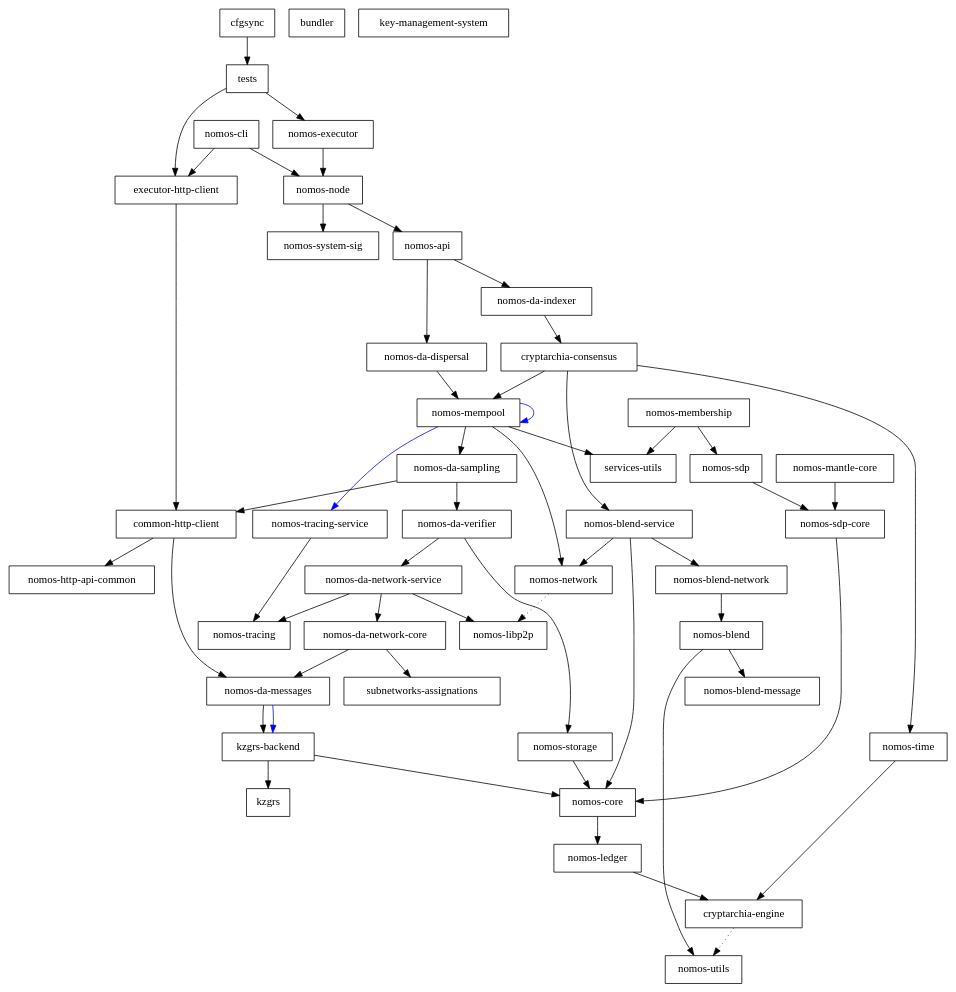
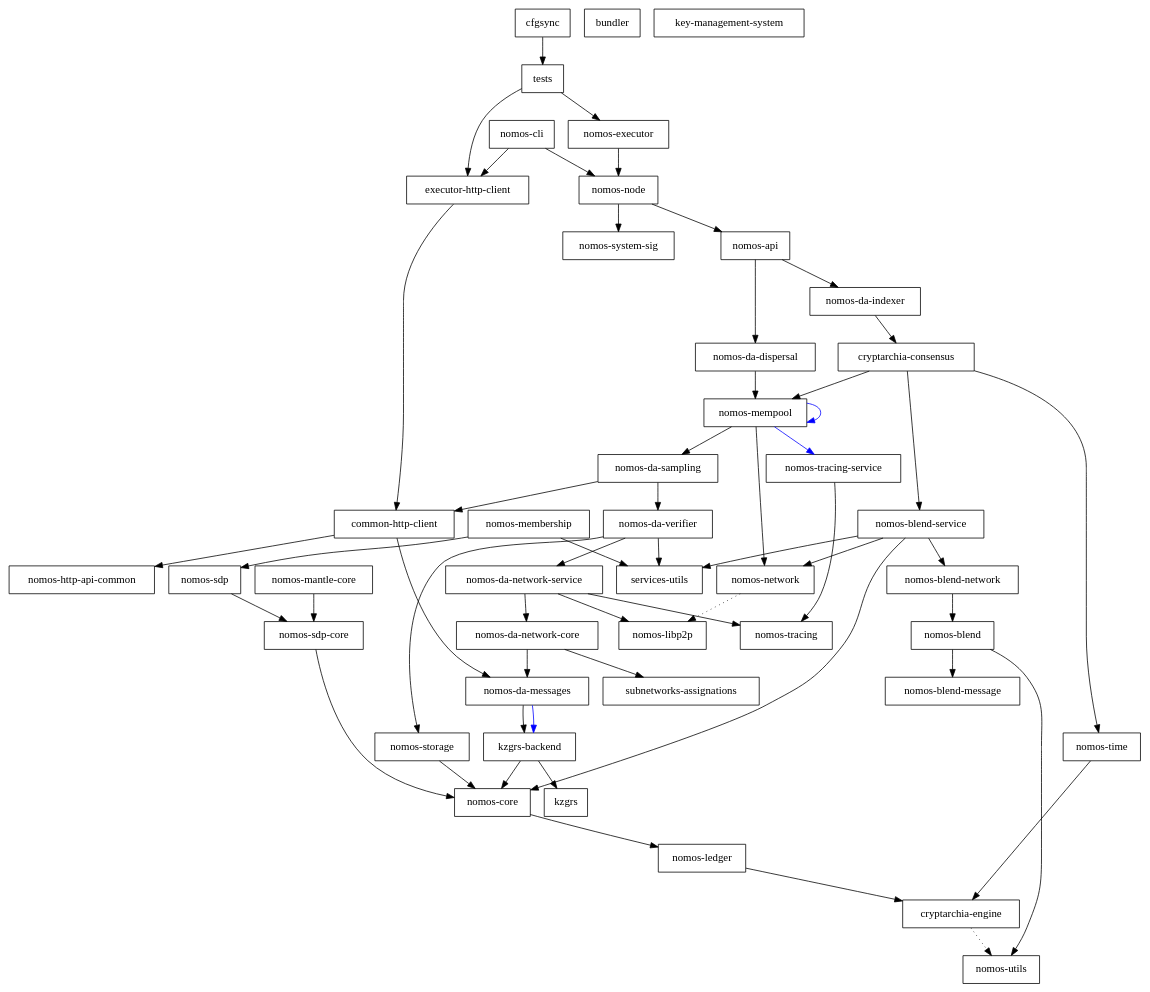
The diagram in dependencies_graph.dot (Astro521/logos-blockchain), drawn with Graphviz before and after one commit. The commit also changed 23 other files, not shown here.

First line of the commit message:
feature(services): Await for service readiness (Pt. 2) (#1345)

```diff
--- a/dependencies_graph.dot
+++ b/dependencies_graph.dot
@@ -1,99 +1,100 @@
 digraph {
     0 [ label = "cryptarchia-engine" shape = box]
     1 [ label = "nomos-utils" shape = box]
     2 [ label = "nomos-ledger" shape = box]
     3 [ label = "nomos-http-api-common" shape = box]
     4 [ label = "nomos-executor" shape = box]
     5 [ label = "kzgrs-backend" shape = box]
     6 [ label = "kzgrs" shape = box]
     7 [ label = "nomos-core" shape = box]
     8 [ label = "nomos-api" shape = box]
     9 [ label = "cryptarchia-consensus" shape = box]
     10 [ label = "nomos-blend-service" shape = box]
     11 [ label = "nomos-blend" shape = box]
     12 [ label = "nomos-blend-message" shape = box]
     13 [ label = "nomos-blend-network" shape = box]
     14 [ label = "nomos-libp2p" shape = box]
     15 [ label = "nomos-network" shape = box]
-    16 [ label = "nomos-da-sampling" shape = box]
-    17 [ label = "common-http-client" shape = box]
-    18 [ label = "nomos-da-messages" shape = box]
-    19 [ label = "nomos-da-network-core" shape = box]
-    20 [ label = "subnetworks-assignations" shape = box]
-    21 [ label = "nomos-da-network-service" shape = box]
-    22 [ label = "nomos-tracing" shape = box]
-    23 [ label = "nomos-da-verifier" shape = box]
-    24 [ label = "nomos-storage" shape = box]
-    25 [ label = "nomos-mempool" shape = box]
-    26 [ label = "services-utils" shape = box]
+    16 [ label = "services-utils" shape = box]
+    17 [ label = "nomos-da-sampling" shape = box]
+    18 [ label = "common-http-client" shape = box]
+    19 [ label = "nomos-da-messages" shape = box]
+    20 [ label = "nomos-da-network-core" shape = box]
+    21 [ label = "subnetworks-assignations" shape = box]
+    22 [ label = "nomos-da-network-service" shape = box]
+    23 [ label = "nomos-tracing" shape = box]
+    24 [ label = "nomos-da-verifier" shape = box]
+    25 [ label = "nomos-storage" shape = box]
+    26 [ label = "nomos-mempool" shape = box]
     27 [ label = "nomos-tracing-service" shape = box]
     28 [ label = "nomos-time" shape = box]
     29 [ label = "nomos-da-dispersal" shape = box]
     30 [ label = "nomos-da-indexer" shape = box]
     31 [ label = "nomos-node" shape = box]
     32 [ label = "nomos-system-sig" shape = box]
     33 [ label = "executor-http-client" shape = box]
     34 [ label = "bundler" shape = box]
     35 [ label = "nomos-cli" shape = box]
     36 [ label = "nomos-mantle-core" shape = box]
     37 [ label = "nomos-sdp-core" shape = box]
     38 [ label = "key-management-system" shape = box]
     39 [ label = "nomos-membership" shape = box]
     40 [ label = "nomos-sdp" shape = box]
     41 [ label = "cfgsync" shape = box]
     42 [ label = "tests" shape = box]
     0 -> 1 [ style = dotted]
     2 -> 0 [ ]
     4 -> 31 [ ]
     5 -> 6 [ ]
     5 -> 7 [ ]
     7 -> 2 [ ]
     8 -> 29 [ ]
     8 -> 30 [ ]
     9 -> 10 [ ]
-    9 -> 25 [ ]
+    9 -> 26 [ ]
     9 -> 28 [ ]
     10 -> 13 [ ]
     10 -> 7 [ ]
     10 -> 15 [ ]
+    10 -> 16 [ ]
     11 -> 12 [ ]
     11 -> 1 [ ]
     13 -> 11 [ ]
     15 -> 14 [ style = dotted]
-    16 -> 17 [ ]
-    16 -> 23 [ ]
     17 -> 18 [ ]
-    17 -> 3 [ ]
-    18 -> 5 [ ]
-    18 -> 5 [ color = blue]
-    19 -> 18 [ ]
-    19 -> 20 [ ]
-    21 -> 19 [ ]
-    21 -> 14 [ ]
-    21 -> 22 [ ]
-    23 -> 21 [ ]
-    23 -> 24 [ ]
-    24 -> 7 [ ]
-    25 -> 16 [ ]
-    25 -> 25 [ color = blue]
-    25 -> 15 [ ]
-    25 -> 27 [ color = blue]
-    25 -> 26 [ ]
-    27 -> 22 [ ]
+    17 -> 24 [ ]
+    18 -> 19 [ ]
+    18 -> 3 [ ]
+    19 -> 5 [ ]
+    19 -> 5 [ color = blue]
+    20 -> 19 [ ]
+    20 -> 21 [ ]
+    22 -> 20 [ ]
+    22 -> 14 [ ]
+    22 -> 23 [ ]
+    24 -> 22 [ ]
+    24 -> 25 [ ]
+    24 -> 16 [ ]
+    25 -> 7 [ ]
+    26 -> 17 [ ]
+    26 -> 26 [ color = blue]
+    26 -> 15 [ ]
+    26 -> 27 [ color = blue]
+    27 -> 23 [ ]
     28 -> 0 [ ]
-    29 -> 25 [ ]
+    29 -> 26 [ ]
     30 -> 9 [ ]
     31 -> 8 [ ]
     31 -> 32 [ ]
-    33 -> 17 [ ]
+    33 -> 18 [ ]
     35 -> 33 [ ]
     35 -> 31 [ ]
     36 -> 37 [ ]
     37 -> 7 [ ]
     39 -> 40 [ ]
-    39 -> 26 [ ]
+    39 -> 16 [ ]
     40 -> 37 [ ]
     41 -> 42 [ ]
     42 -> 33 [ ]
     42 -> 4 [ ]
 }
```
